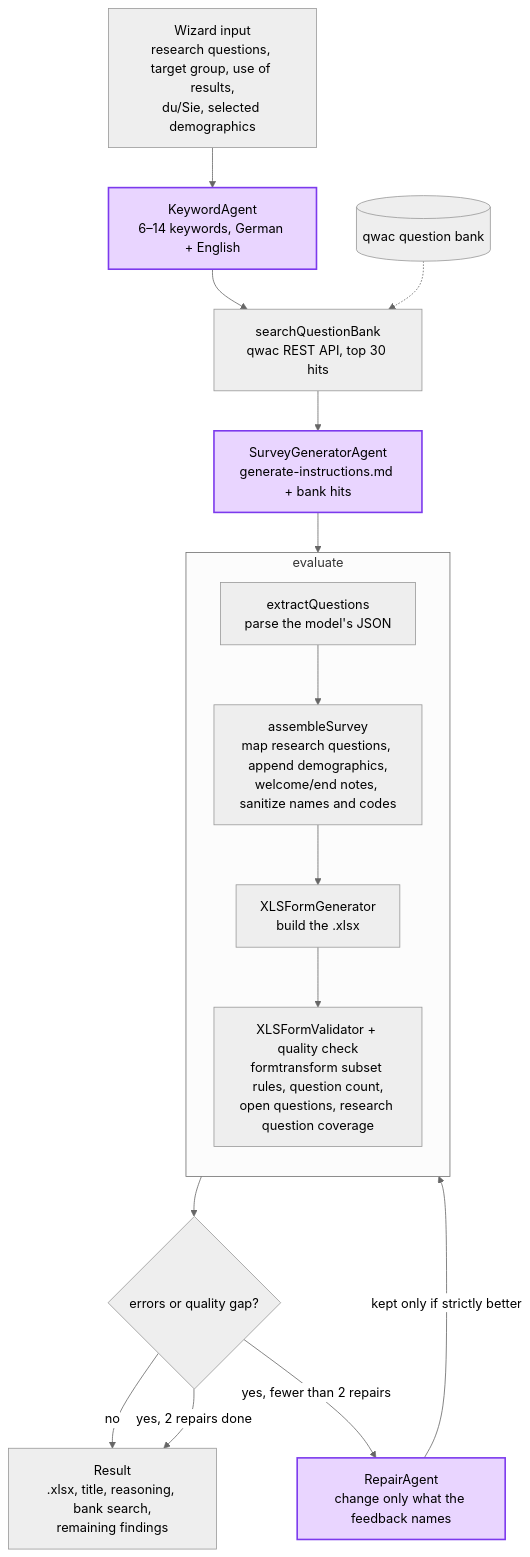
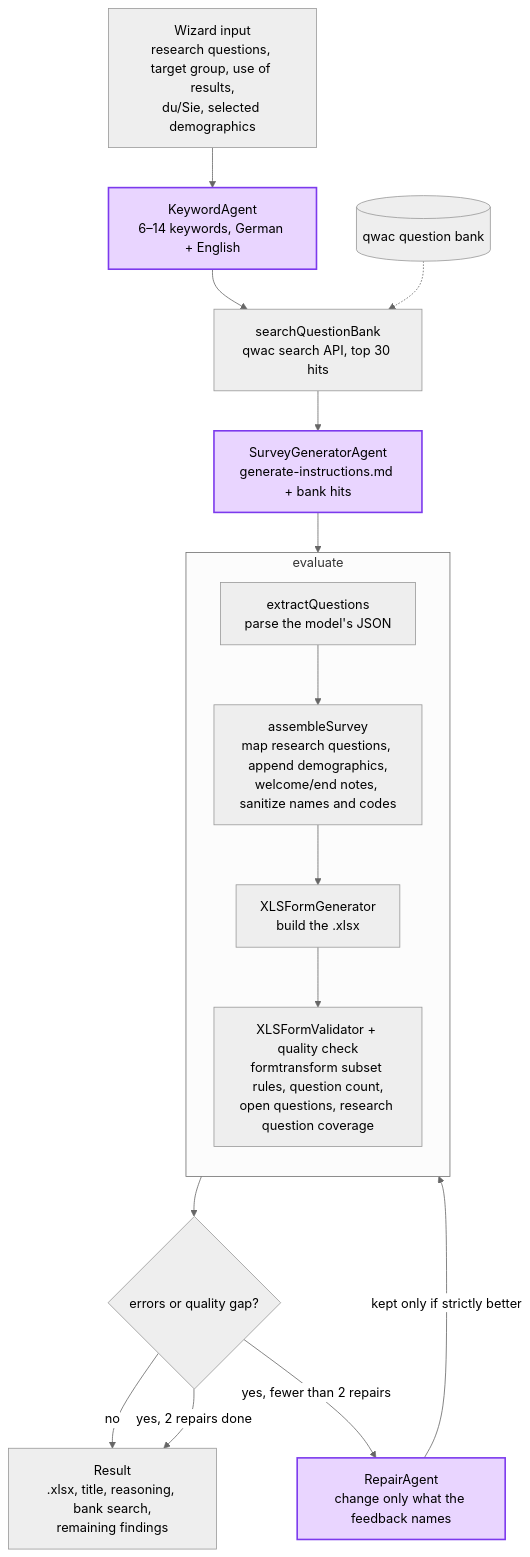
Before and after one commit to CorrelAid/formulaid: the diagram in README.md, drawn with Mermaid (neutral theme). The commit also changed other lines of this file and 2 other files, not shown here.

First line of the commit message:
agents: search the question bank with qwac's search endpoint (#58)

````diff
--- a/README.md
+++ b/README.md
@@ -122,27 +122,27 @@
 ```mermaid
 flowchart TD
     W["Wizard input<br/>research questions, target group, use of results,<br/>du/Sie, selected demographics"] --> K
 
     K["KeywordAgent<br/>6–14 keywords, German + English"]:::llm --> S
-    S["searchQuestionBank<br/>qwac REST API, top 30 hits"] --> G
+    S["searchQuestionBank<br/>qwac search API, top 30 hits"] --> G
     Q[("qwac question bank")] -.-> S
     G["SurveyGeneratorAgent<br/>generate-instructions.md + bank hits"]:::llm --> E
 
     subgraph E["evaluate"]
         direction TB
         P["extractQuestions<br/>parse the model's JSON"] --> A
         A["assembleSurvey<br/>map research questions, append demographics,<br/>welcome/end notes, sanitize names and codes"] --> X
         X["XLSFormGenerator<br/>build the .xlsx"] --> V
         V["XLSFormValidator + quality check<br/>formtransform subset rules, question count,<br/>open questions, research question coverage"]
     end
 
     E --> D{"errors or quality gap?"}
     D -- "no" --> OUT
     D -- "yes, fewer than 2 repairs" --> R["RepairAgent<br/>change only what the feedback names"]:::llm
     R -- "kept only if strictly better" --> E
     D -- "yes, 2 repairs done" --> OUT
 
     OUT["Result<br/>.xlsx, title, reasoning, bank search,<br/>remaining findings"]
 
     classDef llm fill:#e9d5ff,stroke:#7c3aed,stroke-width:2px
 ```
````
